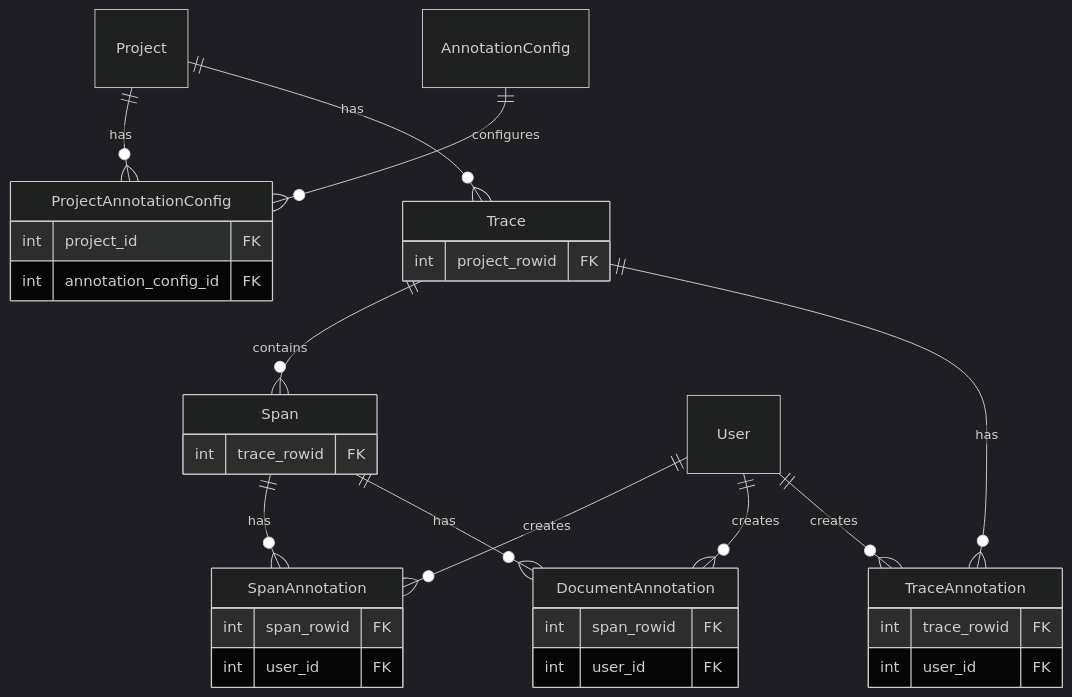
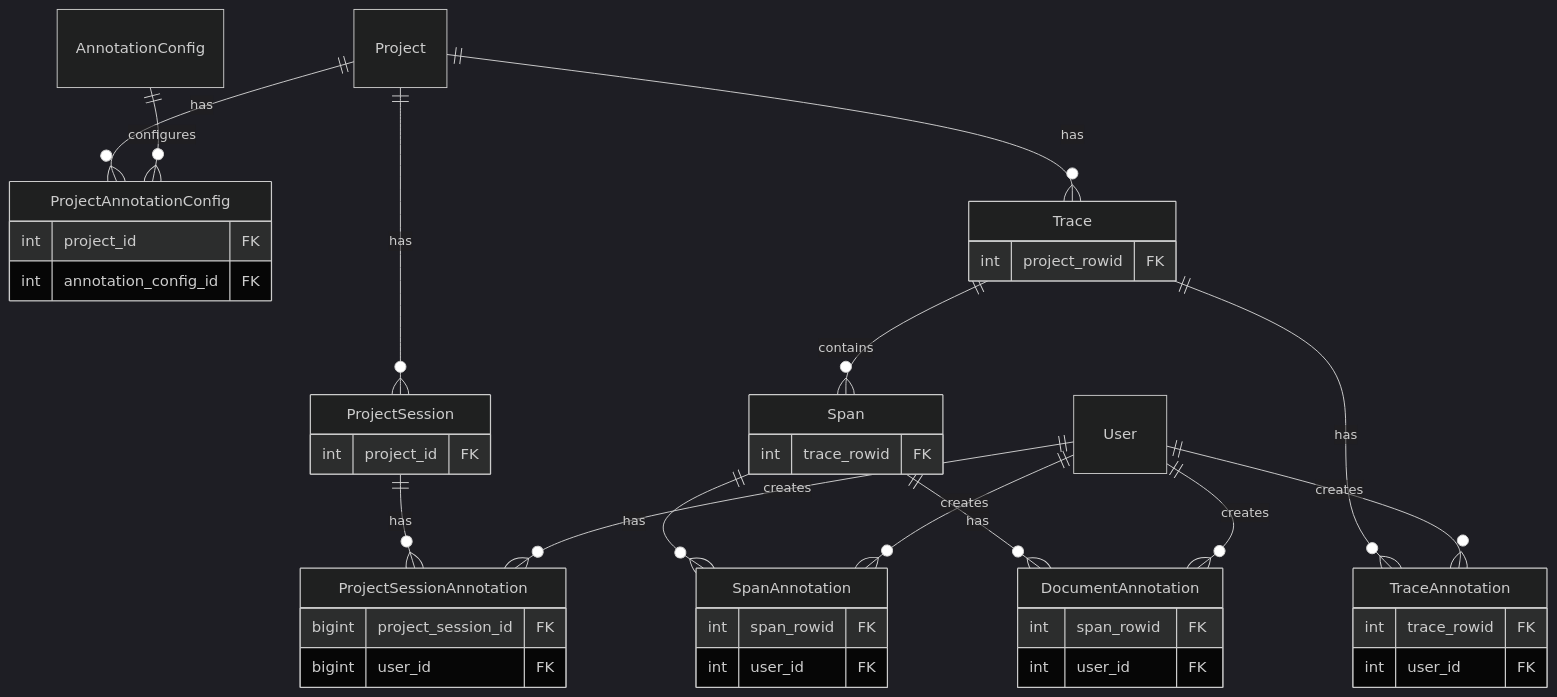
Before and after one commit to dwin-gharibi/phoenix: the sixth of 8 diagrams in src/phoenix/db/README.md, drawn with Mermaid (dark theme). The commit also changed other lines of this file, not shown here.

Commit message:
update ERD

````diff
--- a/src/phoenix/db/README.md
+++ b/src/phoenix/db/README.md
@@ -582,49 +740,61 @@
 ```mermaid
 erDiagram
     Project ||--o{ ProjectAnnotationConfig : has
+    Project ||--o{ ProjectSession : has
     Project ||--o{ Trace : has
     Project {
+    }
+
+    ProjectSession ||--o{ ProjectSessionAnnotation : has
+    ProjectSession {
+        int project_id FK
     }
 
     Trace ||--o{ Span : contains
     Trace ||--o{ TraceAnnotation : has
     Trace {
         int project_rowid FK
     }
 
     Span ||--o{ SpanAnnotation : has
     Span ||--o{ DocumentAnnotation : has
     Span {
         int trace_rowid FK
     }
 
     User ||--o{ SpanAnnotation : creates
     User ||--o{ DocumentAnnotation : creates
     User ||--o{ TraceAnnotation : creates
+    User ||--o{ ProjectSessionAnnotation : creates
     User {
     }
 
     AnnotationConfig ||--o{ ProjectAnnotationConfig : configures
     AnnotationConfig {
     }
 
     ProjectAnnotationConfig {
         int project_id FK
         int annotation_config_id FK
     }
 
     SpanAnnotation {
         int span_rowid FK
         int user_id FK
     }
 
     DocumentAnnotation {
         int span_rowid FK
         int user_id FK
     }
 
     TraceAnnotation {
         int trace_rowid FK
         int user_id FK
     }
+
+    ProjectSessionAnnotation {
+        bigint project_session_id FK
+        bigint user_id FK
+    }
 ```
````
